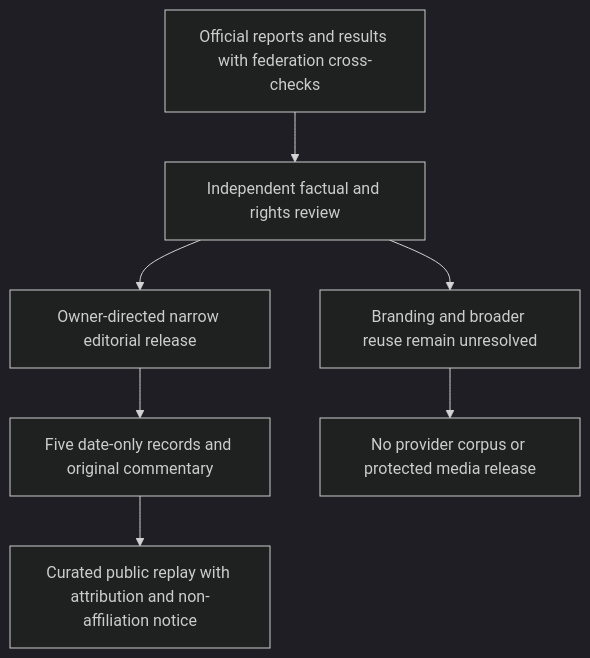
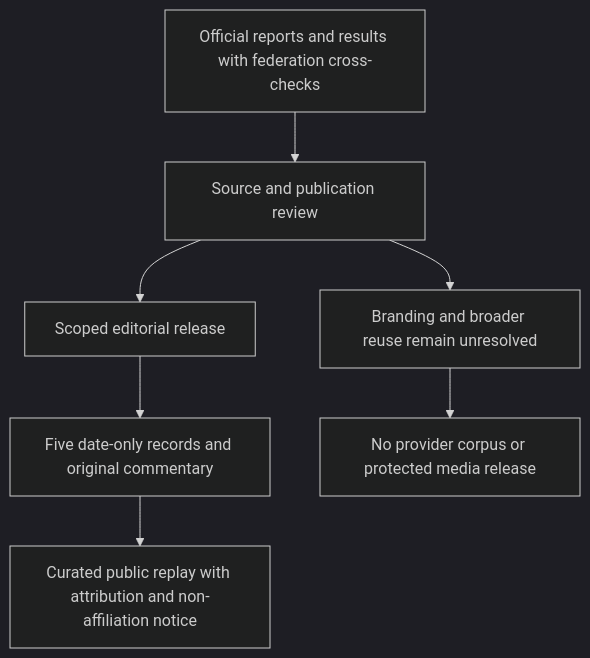
Before and after one commit to jeffreymutethia/world-cup-lens: the diagram in docs/curated-history-review.md, drawn with Mermaid (dark theme). The commit also changed other lines of this file and 16 other files, not shown here.

````diff
--- a/docs/curated-history-review.md
+++ b/docs/curated-history-review.md
@@ -57,9 +57,9 @@
 ```mermaid
 flowchart TD
-  Sources[Official reports and results with federation cross-checks] --> Review[Independent factual and rights review]
-  Review --> Decision[Owner-directed narrow editorial release]
+  Sources[Official reports and results with federation cross-checks] --> Review[Source and publication review]
+  Review --> Decision[Scoped editorial release]
   Decision --> Local[Five date-only records and original commentary]
   Local --> UI[Curated public replay with attribution and non-affiliation notice]
   Review --> Unknown[Branding and broader reuse remain unresolved]
   Unknown --> Excluded[No provider corpus or protected media release]
 ```
````
